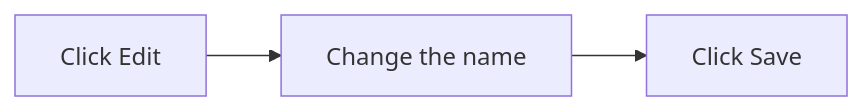
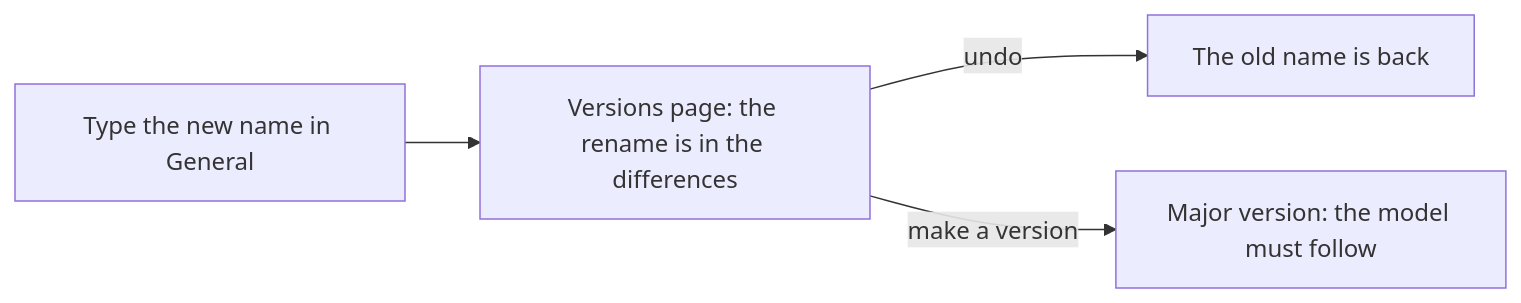
Before and after one commit to AlexandreGallais/synoptic-studio-spec: the tenth of 10 diagrams in metadata/01-types.md, drawn with Mermaid. The commit also changed other lines of this file and 11 other files, not shown here.

First line of the commit message:
docs(metadata): replace edit and save with versions, rework signals and commands

````diff
--- a/metadata/01-types.md
+++ b/metadata/01-types.md
@@ -161,4 +163,6 @@
 ```mermaid
 flowchart LR
-    A["Click Edit"] --> B["Change the name"] --> C["Click Save"]
+    A["Type the new name in General"] --> B["Versions page: the rename is in the differences"]
+    B -->|"undo"| U["The old name is back"]
+    B -->|"make a version"| V["Major version: the model must follow"]
 ```
````
